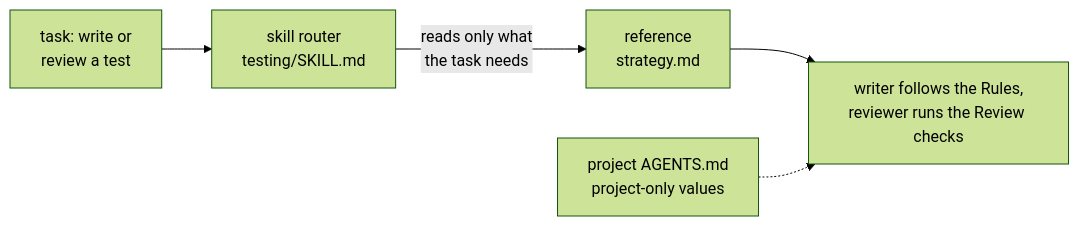
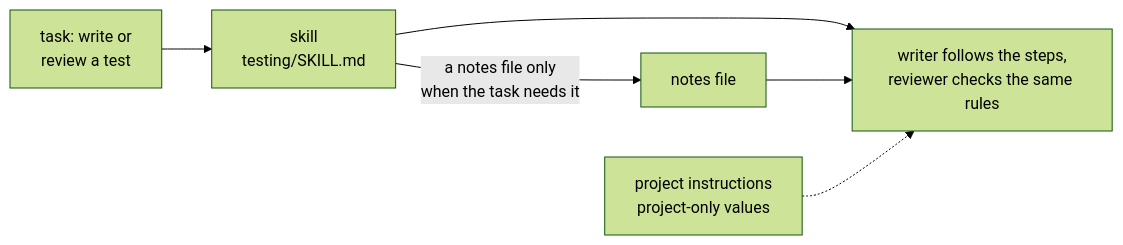
The diagram in README.md (chiyanram/skills), drawn with Mermaid (forest theme) before and after one commit. The commit also changed other lines of this file and 35 other files, not shown here.

````diff
--- a/README.md
+++ b/README.md
@@ -66,7 +69,8 @@
 ```mermaid
 flowchart LR
-    T["task: write or<br/>review a test"] --> S["skill router<br/>testing/SKILL.md"]
-    S -->|"reads only what<br/>the task needs"| R["reference<br/>strategy.md"]
-    R --> A["writer follows the Rules,<br/>reviewer runs the Review checks"]
-    P["project AGENTS.md<br/>project-only values"] -.-> A
+    T["task: write or<br/>review a test"] --> S["skill<br/>testing/SKILL.md"]
+    S -->|"a notes file only<br/>when the task needs it"| N["notes file"]
+    S --> A["writer follows the steps,<br/>reviewer checks the same rules"]
+    N --> A
+    P["project instructions<br/>project-only values"] -.-> A
 ```
````
